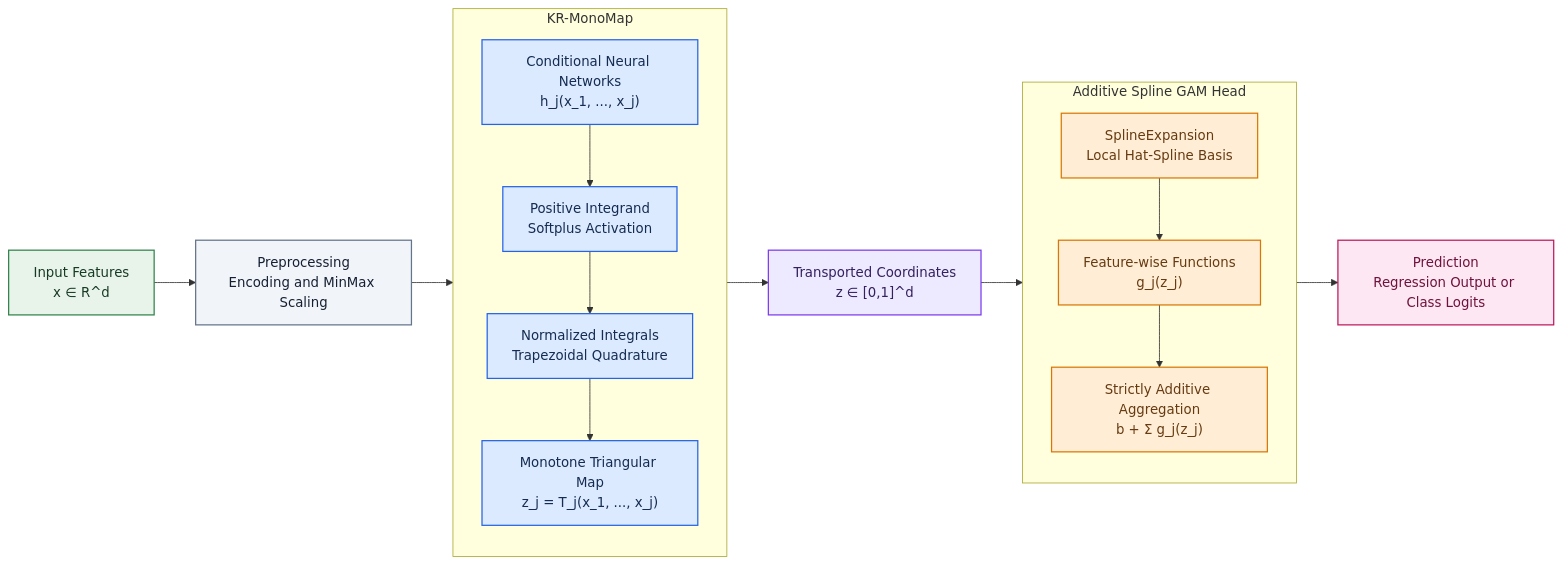
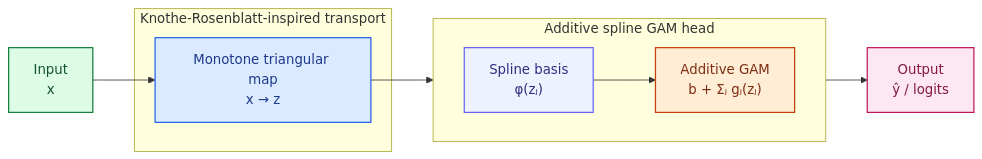
The diagram in README.md (mcihann/KRAN), drawn with Mermaid before and after one commit. The commit also changed other lines of this file, not shown here.

````diff
--- a/README.md
+++ b/README.md
@@ -14,44 +14,33 @@
 ```mermaid
 flowchart LR
-    A["Input Features<br/>x ∈ R^d"]
-    B["Preprocessing<br/>Encoding and MinMax Scaling"]
+    X["Input<br/>x"]
 
-    subgraph TRANSPORT["KR-MonoMap"]
-        direction TB
-        C["Conditional Neural Networks<br/>h_j(x_1, ..., x_j)"]
-        D["Positive Integrand<br/>Softplus Activation"]
-        E["Normalized Integrals<br/>Trapezoidal Quadrature"]
-        F["Monotone Triangular Map<br/>z_j = T_j(x_1, ..., x_j)"]
-        C --> D --> E --> F
+    subgraph KR["Knothe-Rosenblatt-inspired transport"]
+        T["Monotone triangular map<br/>x → z"]
     end
 
-    Z["Transported Coordinates<br/>z ∈ [0,1]^d"]
-
-    subgraph ADDITIVE["Additive Spline GAM Head"]
-        direction TB
-        G["SplineExpansion<br/>Local Hat-Spline Basis"]
-        H["Feature-wise Functions<br/>g_j(z_j)"]
-        I["Strictly Additive Aggregation<br/>b + Σ g_j(z_j)"]
-        G --> H --> I
+    subgraph GAM["Additive spline GAM head"]
+        direction LR
+        S["Spline basis<br/>φ(zⱼ)"]
+        A["Additive GAM<br/>b + Σⱼ gⱼ(zⱼ)"]
+        S --> A
     end
 
-    J["Prediction<br/>Regression Output or Class Logits"]
+    Y["Output<br/>ŷ / logits"]
 
-    A --> B --> C
-    F --> Z --> G
-    I --> J
+    X --> T
+    T --> S
+    A --> Y
 
-    classDef input fill:#E8F4EA,stroke:#32834B,color:#173A24,stroke-width:1.5px;
-    classDef preprocessing fill:#F1F5F9,stroke:#64748B,color:#172033,stroke-width:1.5px;
-    classDef transport fill:#DBEAFE,stroke:#2563EB,color:#152C52,stroke-width:1.5px;
-    classDef latent fill:#EDE9FE,stroke:#7C3AED,color:#34205E,stroke-width:1.5px;
-    classDef additive fill:#FFEDD5,stroke:#D97706,color:#663B12,stroke-width:1.5px;
-    classDef output fill:#FCE7F3,stroke:#BE185D,color:#70123D,stroke-width:1.5px;
+    classDef input fill:#DCFCE7,stroke:#15803D,color:#14532D,stroke-width:1.5px;
+    classDef transport fill:#DBEAFE,stroke:#2563EB,color:#1E3A8A,stroke-width:1.5px;
+    classDef spline fill:#EEF2FF,stroke:#6366F1,color:#312E81,stroke-width:1.5px;
+    classDef additive fill:#FFEDD5,stroke:#C2410C,color:#7C2D12,stroke-width:1.5px;
+    classDef output fill:#FCE7F3,stroke:#BE185D,color:#831843,stroke-width:1.5px;
 
-    class A input;
-    class B preprocessing;
-    class C,D,E,F transport;
-    class Z latent;
-    class G,H,I additive;
-    class J output;
+    class X input;
+    class T transport;
+    class S spline;
+    class A additive;
+    class Y output;
 ```
````
